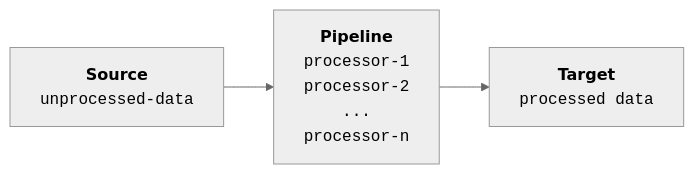
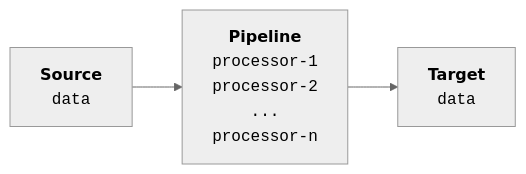
Before and after one commit to VirtualMetric/virtualmetric-docs: the first of 4 diagrams in docs/admin/pipelines/overview.mdx, drawn with Mermaid (neutral theme). The commit also changed other lines of this file, not shown here.

````diff
--- a/docs/admin/pipelines/overview.mdx
+++ b/docs/admin/pipelines/overview.mdx
@@ -16,14 +16,14 @@
 ```mermaid
 %%{init: {"flowchart": {"htmlLabels": false}} }%%
 flowchart LR
 	sourceBox["`**Source**
-         <code>unprocessed-data</code>`"]
-    	pielineBox["`**Pipeline**
+         <code>data</code>`"]
+    	pipelineBox["`**Pipeline**
 			<code>processor-1</code>
     		<code>processor-2</code>
     		<code>...</code>
     		<code>processor-n</code>`"]
 	targetBox["`**Target**
-      <code>processed data</code>`"]
-	sourceBox --> pielineBox --> targetBox
+      <code>data</code>`"]
+	sourceBox --> pipelineBox --> targetBox
 ```
````
